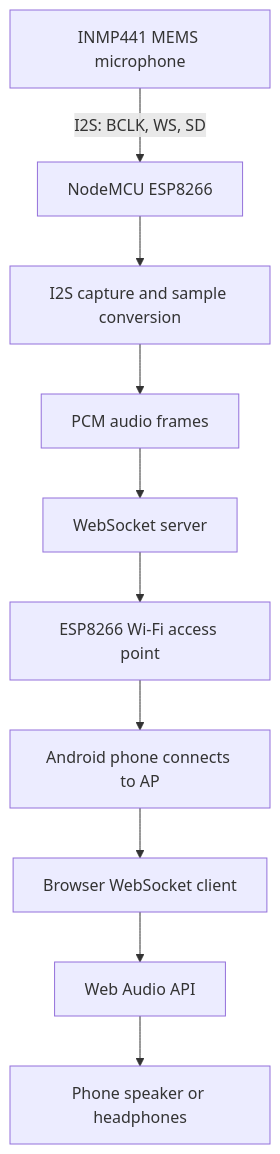
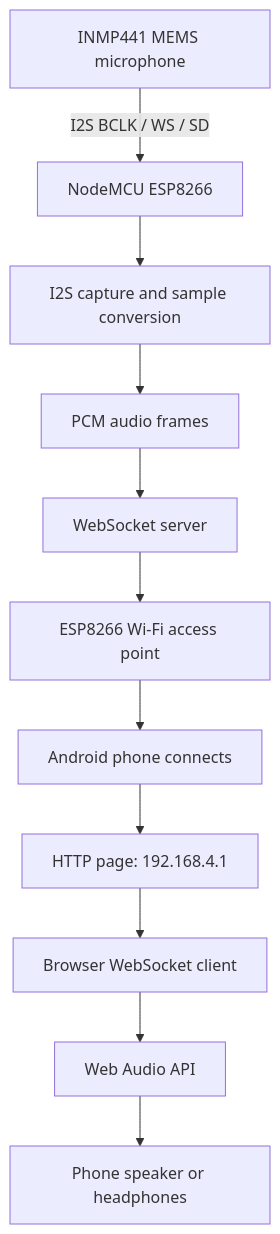
One commit to pojge2005/DIY-Mic changed the first of 4 diagrams in docs/ARCHITECTURE.md. Above: the diagram before and after it, drawn with Mermaid. The commit also changed other lines of this file, not shown here.

Commit message:
docs: document Wi-Fi, BLE and low-power audio architecture

````diff
--- a/docs/ARCHITECTURE.md
+++ b/docs/ARCHITECTURE.md
@@ -7,12 +7,13 @@
 ```mermaid
 flowchart TD
-    A[INMP441 MEMS microphone] -->|I2S: BCLK, WS, SD| B[NodeMCU ESP8266]
+    A[INMP441 MEMS microphone] -->|I2S BCLK / WS / SD| B[NodeMCU ESP8266]
     B --> C[I2S capture and sample conversion]
     C --> D[PCM audio frames]
     D --> E[WebSocket server]
     E --> F[ESP8266 Wi-Fi access point]
-    F --> G[Android phone connects to AP]
-    G --> H[Browser WebSocket client]
-    H --> I[Web Audio API]
-    I --> J[Phone speaker or headphones]
+    F --> G[Android phone connects]
+    G --> H[HTTP page: 192.168.4.1]
+    H --> I[Browser WebSocket client]
+    I --> J[Web Audio API]
+    J --> K[Phone speaker or headphones]
 ```
````
